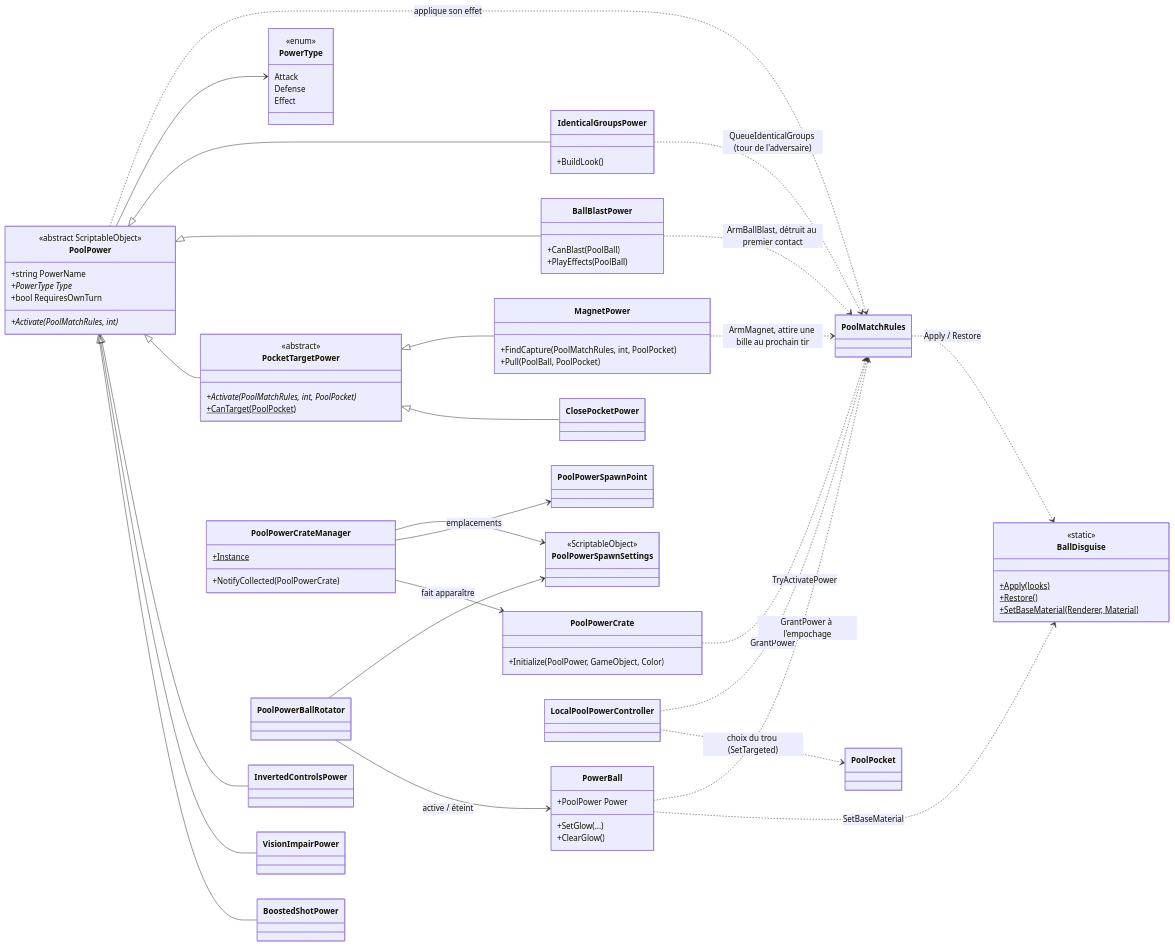
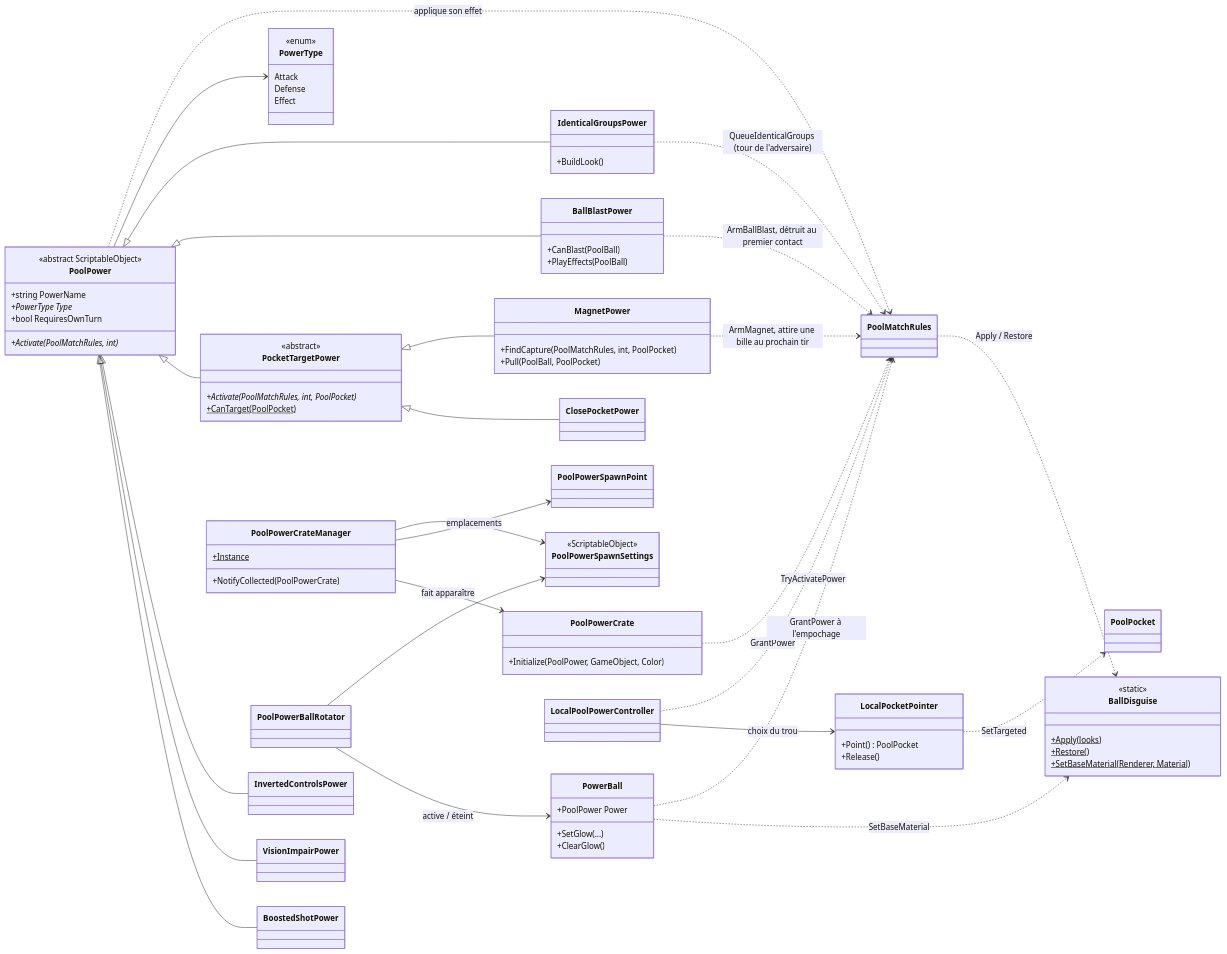
Before and after one commit to FlackyBoy/UntitledPoolgame: the fourth of 4 diagrams in docs/content/tech/architecture.md, drawn with Mermaid. The commit also changed other lines of this file and 16 other files, not shown here.

```diff
--- a/docs/content/tech/architecture.md
+++ b/docs/content/tech/architecture.md
@@ -364,6 +364,10 @@
     <<ScriptableObject>>
   }
   class LocalPoolPowerController
+  class LocalPocketPointer {
+    +Point() PoolPocket
+    +Release()
+  }
 
   PoolPower <|-- BoostedShotPower
   PoolPower <|-- VisionImpairPower
@@ -373,7 +377,8 @@
   PocketTargetPower <|-- MagnetPower
   PoolPower <|-- BallBlastPower
   MagnetPower ..> PoolMatchRules : ArmMagnet, attire une bille au prochain tir
-  LocalPoolPowerController ..> PoolPocket : choix du trou (SetTargeted)
+  LocalPoolPowerController --> LocalPocketPointer : choix du trou
+  LocalPocketPointer ..> PoolPocket : SetTargeted
   PoolPower <|-- IdenticalGroupsPower
   IdenticalGroupsPower ..> PoolMatchRules : QueueIdenticalGroups (tour de l'adversaire)
   PoolMatchRules ..> BallDisguise : Apply / Restore
```
